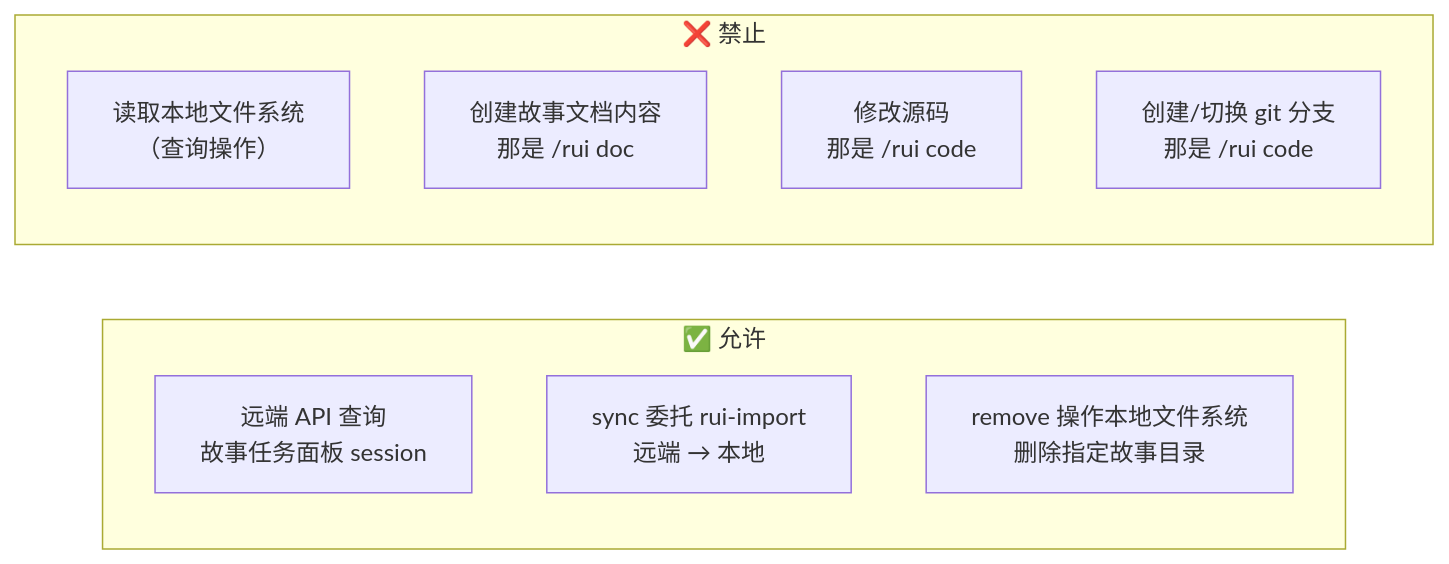
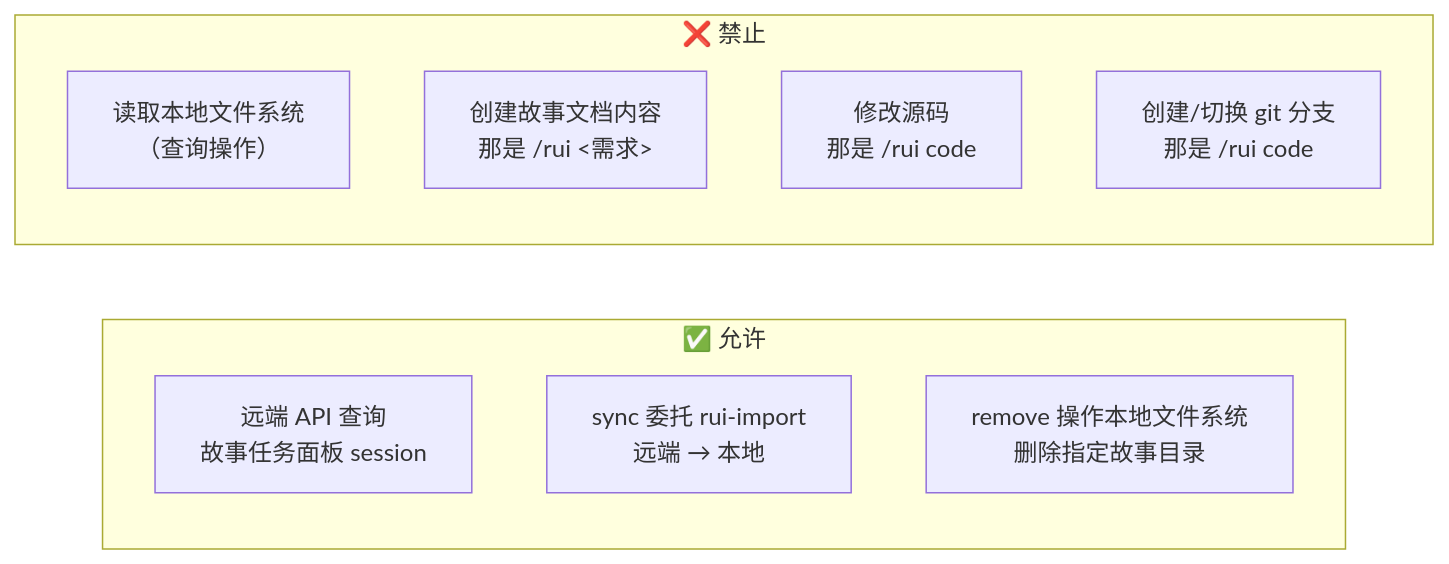
The third of 13 diagrams in skills/rui-story/SKILL.md (effiy/YrY), drawn with Mermaid before and after one commit. The commit also changed other lines of this file and 24 other files, not shown here.

````diff
--- a/skills/rui-story/SKILL.md
+++ b/skills/rui-story/SKILL.md
@@ -79,15 +81,15 @@
 ```mermaid
 flowchart LR
     subgraph 允许["✅ 允许"]
         A1["远端 API 查询<br/>故事任务面板 session"]:::ok
         A2["sync 委托 rui-import<br/>远端 → 本地"]:::ok
         A3["remove 操作本地文件系统<br/>删除指定故事目录"]:::ok
     end
     subgraph 禁止["❌ 禁止"]
         B1["读取本地文件系统<br/>（查询操作）"]:::bad
-        B2["创建故事文档内容<br/>那是 /rui doc"]:::bad
+        B2["创建故事文档内容<br/>那是 /rui <需求>"]:::bad
         B3["修改源码<br/>那是 /rui code"]:::bad
         B4["创建/切换 git 分支<br/>那是 /rui code"]:::bad
     end
 
 ```
````
